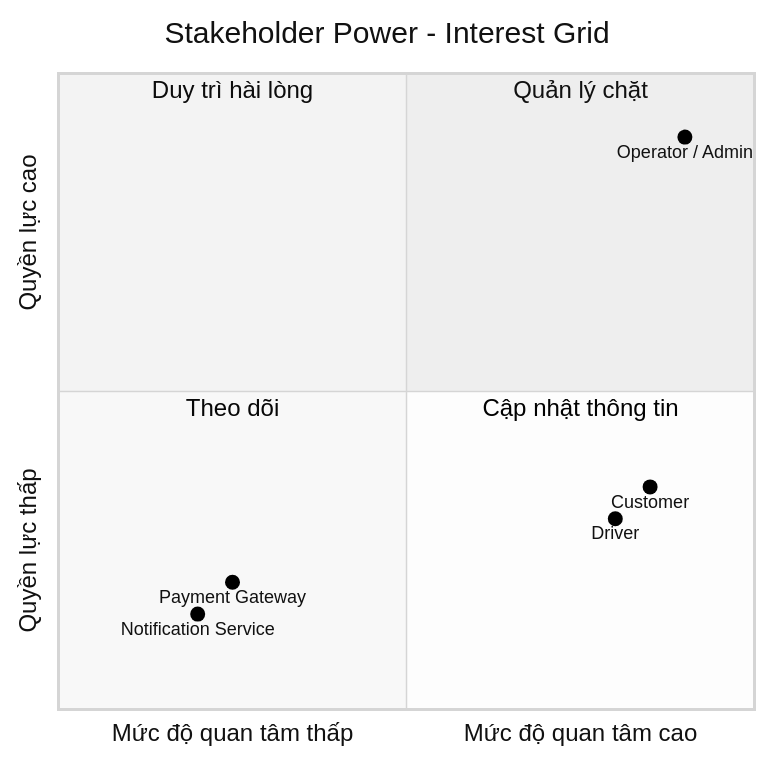
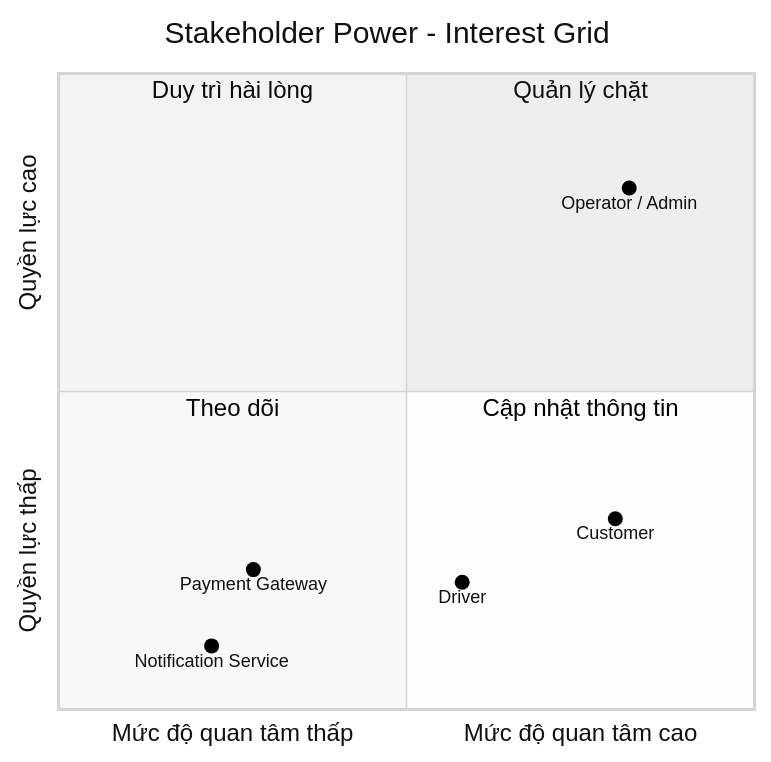
The first of 3 diagrams in CAB_System_Business_Analysis_GitHub.md (lybaonghi1912/23685131_LyBaoNghi_CABSYSTEM), drawn with Mermaid (neutral theme) before and after one commit.

````diff
--- a/CAB_System_Business_Analysis_GitHub.md
+++ b/CAB_System_Business_Analysis_GitHub.md
@@ -50,16 +50,17 @@
 ```mermaid
 quadrantChart
     title Stakeholder Power - Interest Grid
     x-axis "Mức độ quan tâm thấp" --> "Mức độ quan tâm cao"
     y-axis "Quyền lực thấp" --> "Quyền lực cao"
+
     quadrant-1 "Quản lý chặt"
     quadrant-2 "Duy trì hài lòng"
     quadrant-3 "Theo dõi"
     quadrant-4 "Cập nhật thông tin"
 
-    "Operator / Admin": [0.90, 0.90]
-    "Customer": [0.85, 0.35]
-    "Driver": [0.80, 0.30]
-    "Payment Gateway": [0.25, 0.20]
-    "Notification Service": [0.20, 0.15]
+    "Operator / Admin": [0.82, 0.82]
+    "Customer": [0.80, 0.30]
+    "Driver": [0.58, 0.20]
+    "Payment Gateway": [0.28, 0.22]
+    "Notification Service": [0.22, 0.10]
 ```
````
